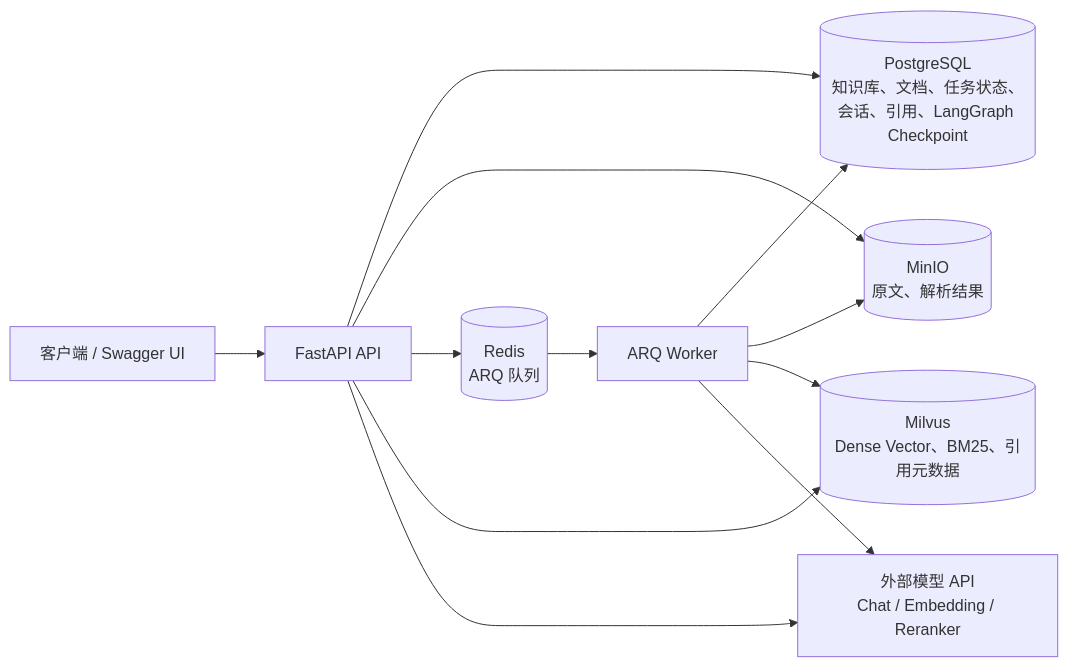
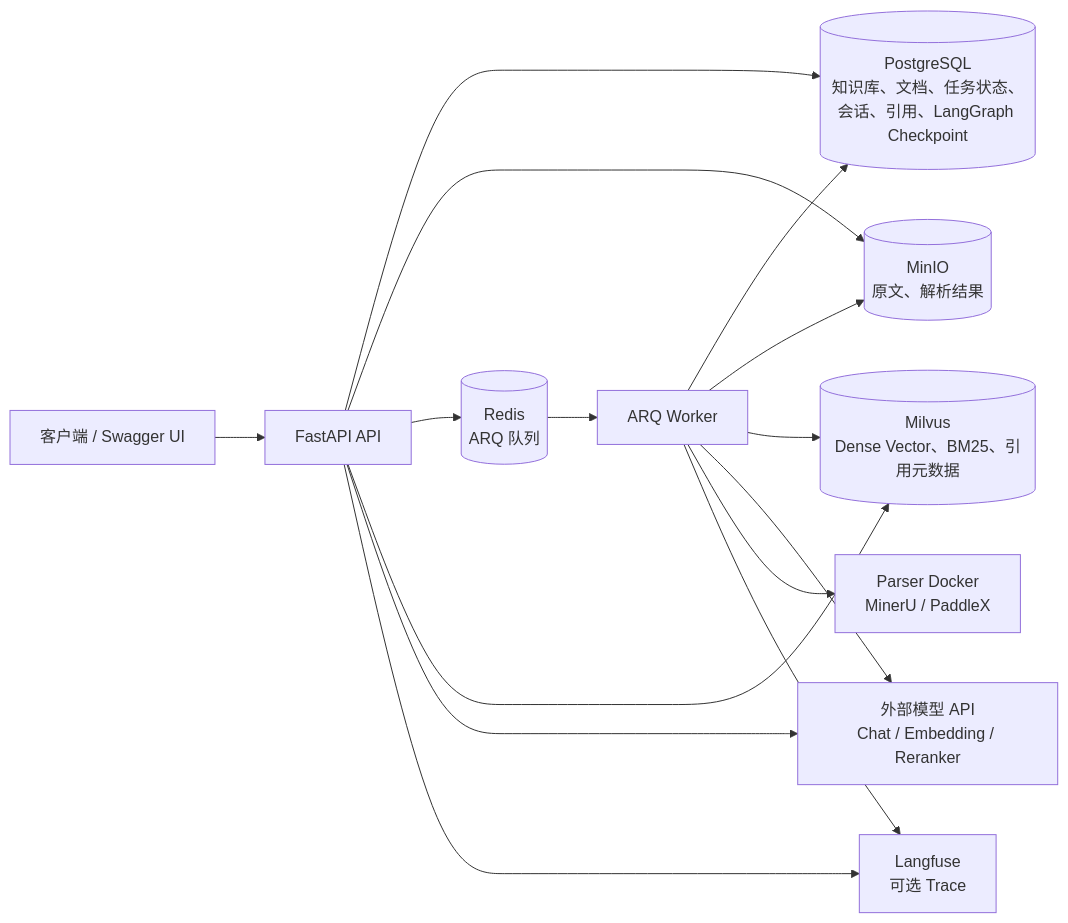
The diagram in README.md (akka-sun/RAG-Agent), drawn with Mermaid before and after one commit. The commit also changed other lines of this file and 9 other files, not shown here.

````diff
--- a/README.md
+++ b/README.md
@@ -21,14 +24,17 @@
 ```mermaid
 flowchart LR
     Client["客户端 / Swagger UI"] --> API["FastAPI API"]
     API --> PG[("PostgreSQL<br/>知识库、文档、任务状态、会话、引用、LangGraph Checkpoint")]
     API --> MinIO[("MinIO<br/>原文、解析结果")]
     API --> Redis[("Redis<br/>ARQ 队列")]
     API --> Milvus[("Milvus<br/>Dense Vector、BM25、引用元数据")]
     API --> Models["外部模型 API<br/>Chat / Embedding / Reranker"]
+    API --> Langfuse["Langfuse<br/>可选 Trace"]
     Redis --> Worker["ARQ Worker"]
     Worker --> PG
     Worker --> MinIO
     Worker --> Milvus
     Worker --> Models
+    Worker --> Parsers["Parser Docker<br/>MinerU / PaddleX"]
+    Worker --> Langfuse
 ```
````
